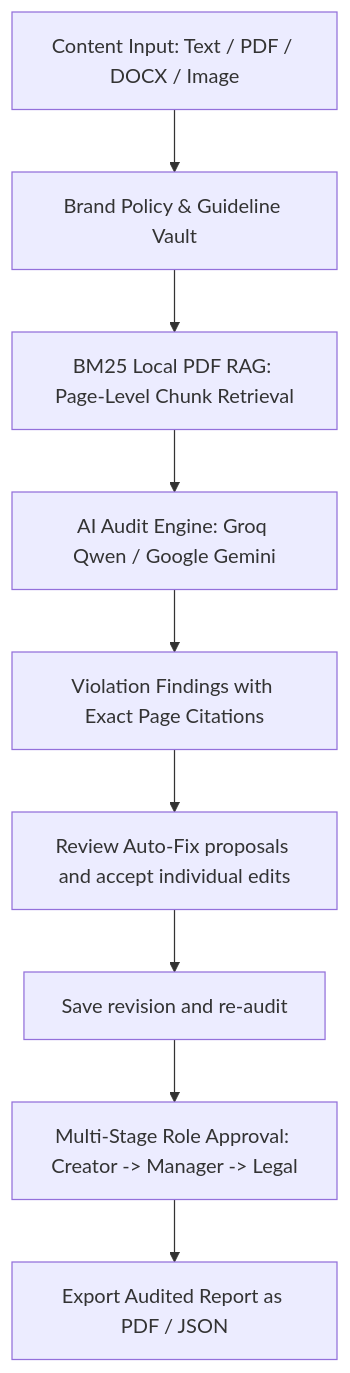
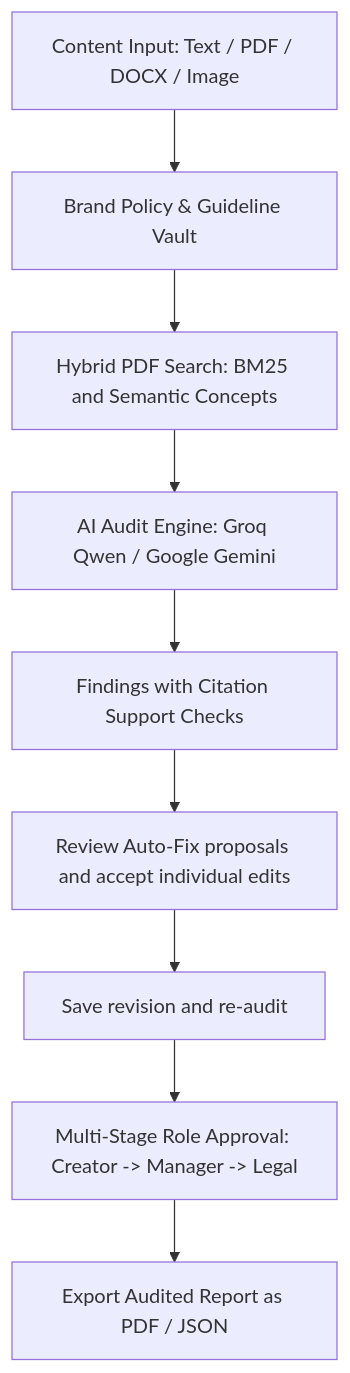
One commit to GitKrishna-source/BrandGuard changed the diagram in README.md. Above: the diagram before and after it, drawn with Mermaid. The commit also changed other lines of this file and 14 other files, not shown here.

Commit message:
Add hybrid search and evidence verification

````diff
--- a/README.md
+++ b/README.md
@@ -26,11 +26,11 @@
 ```mermaid
 graph TD
     A[Content Input: Text / PDF / DOCX / Image] --> B[Brand Policy & Guideline Vault]
-    B --> C[BM25 Local PDF RAG: Page-Level Chunk Retrieval]
+    B --> C[Hybrid PDF Search: BM25 and Semantic Concepts]
     C --> D[AI Audit Engine: Groq Qwen / Google Gemini]
-    D --> E[Violation Findings with Exact Page Citations]
+    D --> E[Findings with Citation Support Checks]
     E --> F[Review Auto-Fix proposals and accept individual edits]
     F --> G[Save revision and re-audit]
     G --> H[Multi-Stage Role Approval: Creator -> Manager -> Legal]
     H --> I[Export Audited Report as PDF / JSON]
 ```
````
